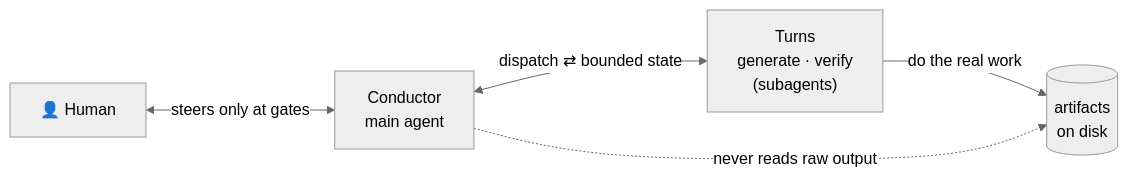
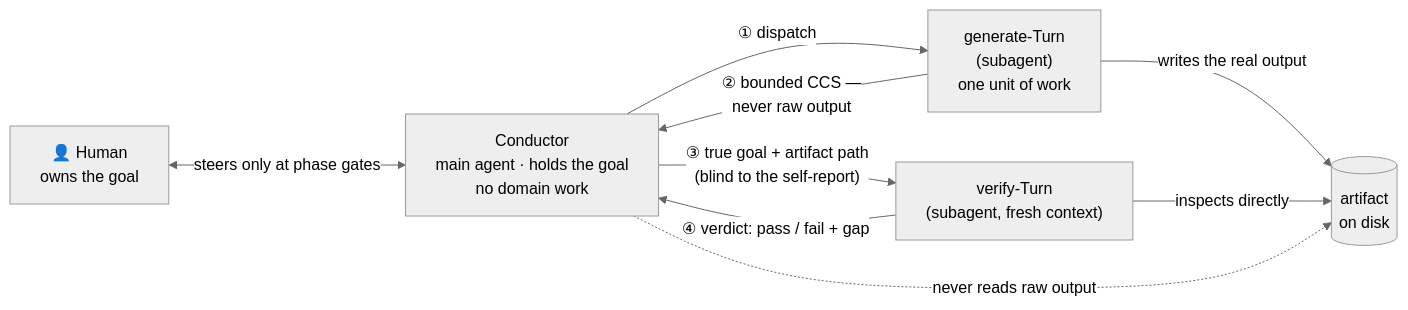
Before and after one commit to lovaizu/ccpm: the first of 4 diagrams in aiya/docs/design.md, drawn with Mermaid (neutral theme). The commit also changed other lines of this file and 1 other file, not shown here.

Commit message:
docs(aiya): lead design.md §3.1 with a core-idea figure; fold §3.2's diagram into it
User review round 5 (PR #1): the core idea is now one mermaid image — the
full steering loop with the bounded-CCS return, the blind verify-Turn, the
never-reads-artifacts wall, and the human at phase gates. §3.2's
near-identical cast diagram is removed in favor of §3.1's figure; §3.2
keeps the boundaries, parts table, and invariants.

````diff
--- a/aiya/docs/design.md
+++ b/aiya/docs/design.md
@@ -110,12 +94,17 @@
 ```mermaid
 flowchart LR
-    H["👤 Human"]
-    C["Conductor<br/>main agent"]
-    T["Turns<br/>generate · verify<br/>(subagents)"]
-    A[("artifacts<br/>on disk")]
+    H["👤 Human<br/>owns the goal"]
+    C["Conductor<br/>main agent · holds the goal<br/>no domain work"]
+    G["generate-Turn<br/>(subagent)<br/>one unit of work"]
+    V["verify-Turn<br/>(subagent, fresh context)"]
+    A[("artifact<br/>on disk")]
 
-    H <-->|"steers only at gates"| C
-    C <-->|"dispatch  ⇄  bounded state"| T
-    T -->|"do the real work"| A
+    H <-->|"steers only at phase gates"| C
+    C -->|"① dispatch"| G
+    G -->|"writes the real output"| A
+    G -->|"② bounded CCS —<br/>never raw output"| C
+    C -->|"③ true goal + artifact path<br/>(blind to the self-report)"| V
+    V -->|"inspects directly"| A
+    V -->|"④ verdict: pass / fail + gap"| C
     C -. "never reads raw output" .-> A
 ```
````
